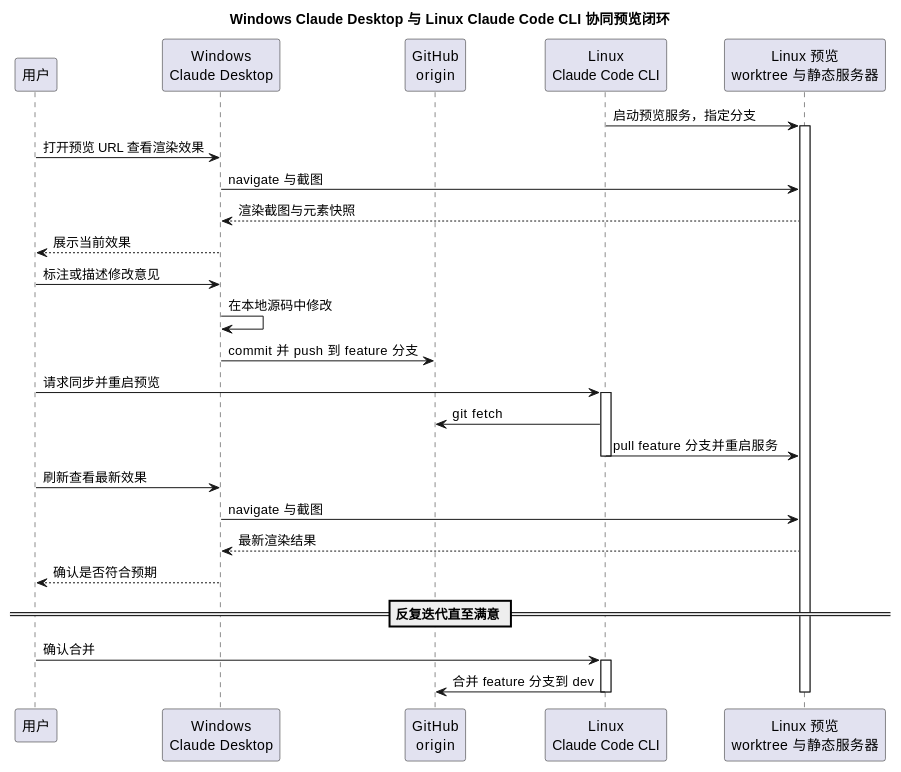
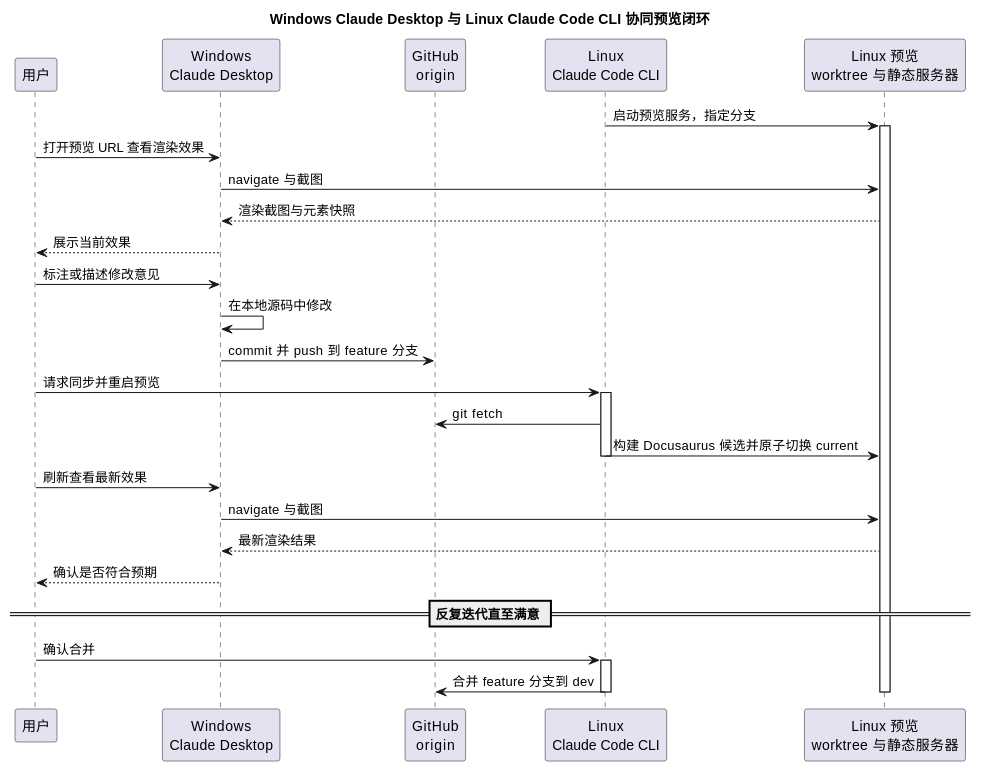
One commit to lyty1997/AxialMuseWebsite changed the diagram in docs/architecture/dev-workflow.md. Above: the diagram before and after it, drawn with PlantUML. The commit also changed other lines of this file and 3 other files, not shown here.

````diff
--- a/docs/architecture/dev-workflow.md
+++ b/docs/architecture/dev-workflow.md
@@ -104,40 +110,40 @@
 ```plantuml
 @startuml
 title Windows Claude Desktop 与 Linux Claude Code CLI 协同预览闭环
 participant "用户" as User
 participant "Windows\nClaude Desktop" as Win
 participant "GitHub\norigin" as Hub
 participant "Linux\nClaude Code CLI" as Linux
 participant "Linux 预览\nworktree 与静态服务器" as Preview
 
 Linux -> Preview : 启动预览服务，指定分支
 activate Preview
 
 User -> Win : 打开预览 URL 查看渲染效果
 Win -> Preview : navigate 与截图
 Preview --> Win : 渲染截图与元素快照
 Win --> User : 展示当前效果
 User -> Win : 标注或描述修改意见
 Win -> Win : 在本地源码中修改
 Win -> Hub : commit 并 push 到 feature 分支
 
 User -> Linux : 请求同步并重启预览
 activate Linux
 Linux -> Hub : git fetch
-Linux -> Preview : pull feature 分支并重启服务
+Linux -> Preview : 构建 Docusaurus 候选并原子切换 current
 deactivate Linux
 
 User -> Win : 刷新查看最新效果
 Win -> Preview : navigate 与截图
 Preview --> Win : 最新渲染结果
 Win --> User : 确认是否符合预期
 
 == 反复迭代直至满意 ==
 
 User -> Linux : 确认合并
 activate Linux
 Linux -> Hub : 合并 feature 分支到 dev
 deactivate Linux
 deactivate Preview
 @enduml
 ```
````
